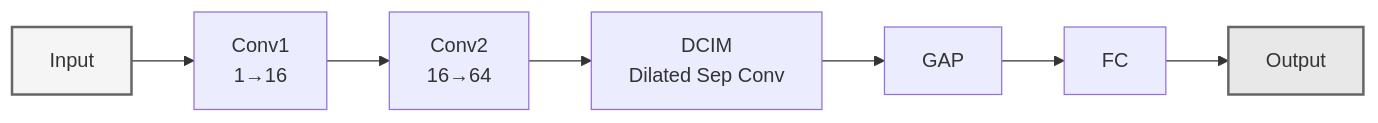
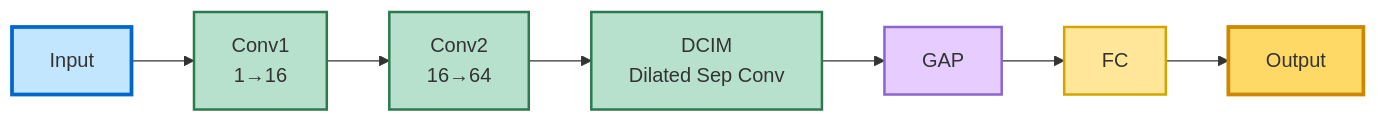
Before and after one commit to soroosh-tanzadeh/rotary-insight: the third of 13 diagrams in models/MODEL_ARCHITECTURES.md, drawn with Mermaid. The commit also changed other lines of this file and 5 other files, not shown here.

````diff
--- a/models/MODEL_ARCHITECTURES.md
+++ b/models/MODEL_ARCHITECTURES.md
@@ -136,10 +136,15 @@
 ```mermaid
 graph LR
     A[Input] --> B[Conv1<br/>1→16]
     B --> C[Conv2<br/>16→64]
     C --> D[DCIM<br/>Dilated Sep Conv]
     D --> E[GAP] --> F[FC]
     F --> G[Output]
-    style A fill:#f5f5f5,stroke:#666,stroke-width:2px
-    style G fill:#e8e8e8,stroke:#666,stroke-width:2px
+    style A fill:#c3e6ff,stroke:#0066cc,stroke-width:3px
+    style B fill:#b7e1cd,stroke:#2d7a4f,stroke-width:2px
+    style C fill:#b7e1cd,stroke:#2d7a4f,stroke-width:2px
+    style D fill:#b7e1cd,stroke:#2d7a4f,stroke-width:2px
+    style E fill:#e6ccff,stroke:#8b66cc,stroke-width:2px
+    style F fill:#ffe699,stroke:#d4a500,stroke-width:2px
+    style G fill:#ffd966,stroke:#cc8800,stroke-width:3px
 ```
````
